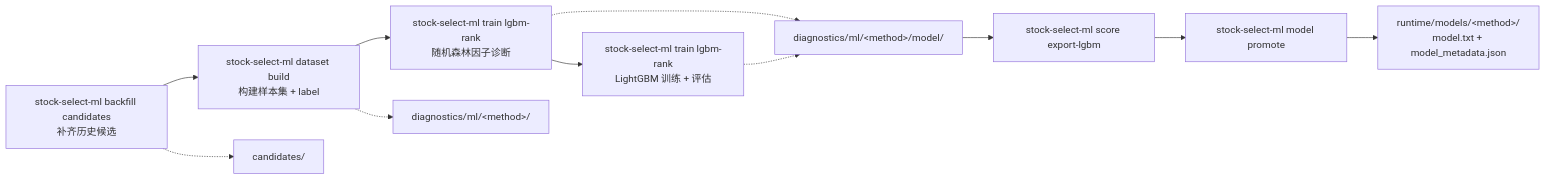
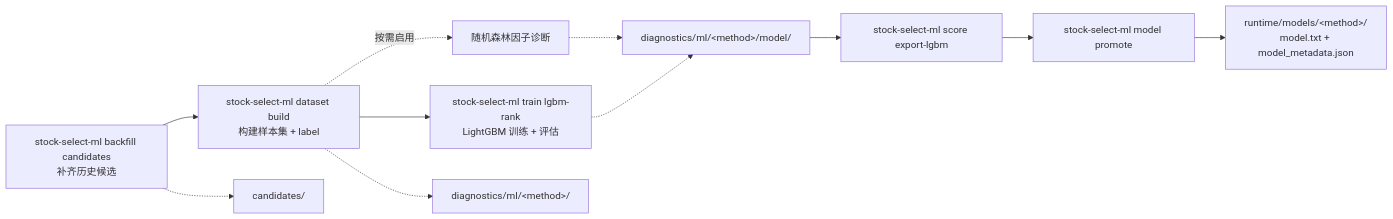
One commit to T0n0T/stock-select changed the first of 2 diagrams in docs/model.md. Above: the diagram before and after it, drawn with Mermaid. The commit also changed other lines of this file and 108 other files, not shown here.

````diff
--- a/docs/model.md
+++ b/docs/model.md
@@ -9,15 +11,15 @@
 ```mermaid
 flowchart LR
     BC["stock-select-ml backfill candidates<br/>补齐历史候选"] --> BD["stock-select-ml dataset build<br/>构建样本集 + label"]
-    BD --> RF["stock-select-ml train lgbm-rank<br/>随机森林因子诊断"]
-    RF --> TR["stock-select-ml train lgbm-rank<br/>LightGBM 训练 + 评估"]
+    BD --> TR["stock-select-ml train lgbm-rank<br/>LightGBM 训练 + 评估"]
+    BD -. "按需启用" .-> RF["随机森林因子诊断"]
 
     BC -.-> C["candidates/"]
     BD -.-> D["diagnostics/ml/&lt;method&gt;/"]
     RF -.-> M["diagnostics/ml/&lt;method&gt;/model/"]
     TR -.-> M
 
     M --> EXP["stock-select-ml score export-lgbm"]
     EXP --> PROM["stock-select-ml model promote"]
     PROM --> R["runtime/models/&lt;method&gt;/<br/>model.txt + model_metadata.json"]
 ```
````
